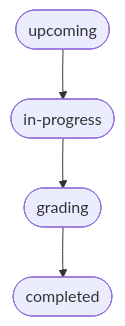
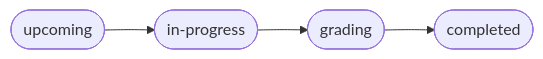
Before and after one commit to fs-ise/handbook: the diagram in teaching/course_overview.qmd, drawn with Mermaid. The commit also changed other lines of this file, not shown here.

Commit message:
update course page

````diff
--- a/teaching/course_overview.qmd
+++ b/teaching/course_overview.qmd
@@ -27,7 +22,8 @@
 ```{mermaid}
-flowchart
-direction LR
+%%| fig-align: center
+
+flowchart LR
     Upcoming(["upcoming"]) --> InProgress(["in-progress"])
     InProgress --> Grade(["grading"])
     Grade --> Completed(["completed"])
 ```
````
